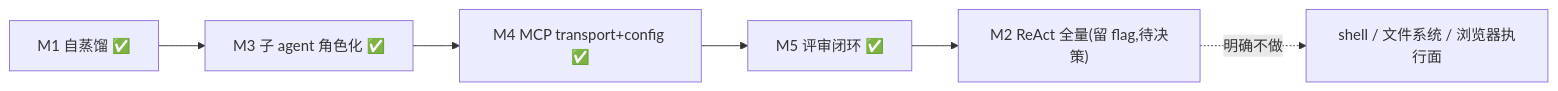
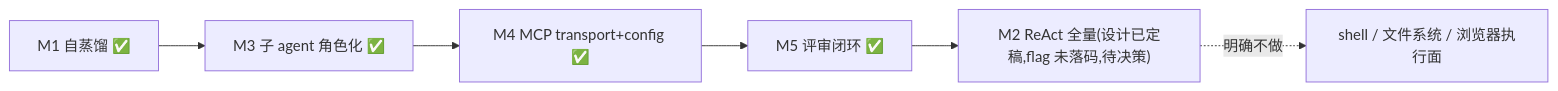
Before and after one commit to stchurchye/agent-Carl-Gustav-Jung: the eighth of 8 diagrams in docs/reports/2026-06-10-agent-architecture-and-comparison.md, drawn with Mermaid. The commit also changed other lines of this file and 5 other files, not shown here.

````diff
--- a/docs/reports/2026-06-10-agent-architecture-and-comparison.md
+++ b/docs/reports/2026-06-10-agent-architecture-and-comparison.md
@@ -353,8 +396,8 @@
 ```mermaid
 flowchart LR
   M1["M1 自蒸馏 ✅"] --> M3["M3 子 agent 角色化 ✅"]
   M3 --> M4["M4 MCP transport+config ✅"]
   M4 --> M5["M5 评审闭环 ✅"]
-  M5 --> M2["M2 ReAct 全量(留 flag,待决策)"]
+  M5 --> M2["M2 ReAct 全量(设计已定稿,flag 未落码,待决策)"]
   M2 -.明确不做.-> NO["shell / 文件系统 / 浏览器执行面"]
 ```
````
